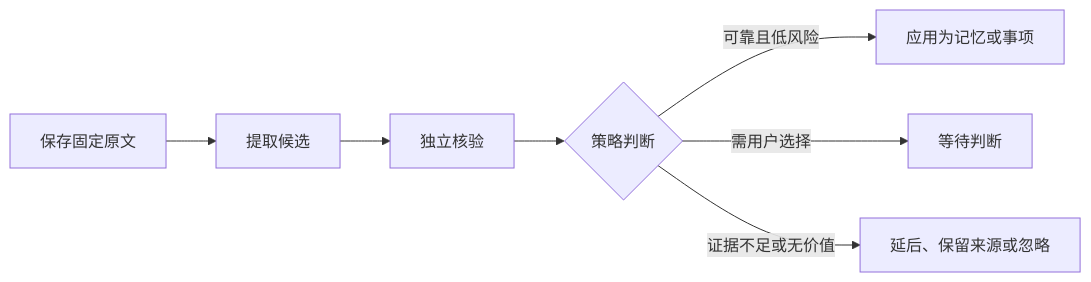
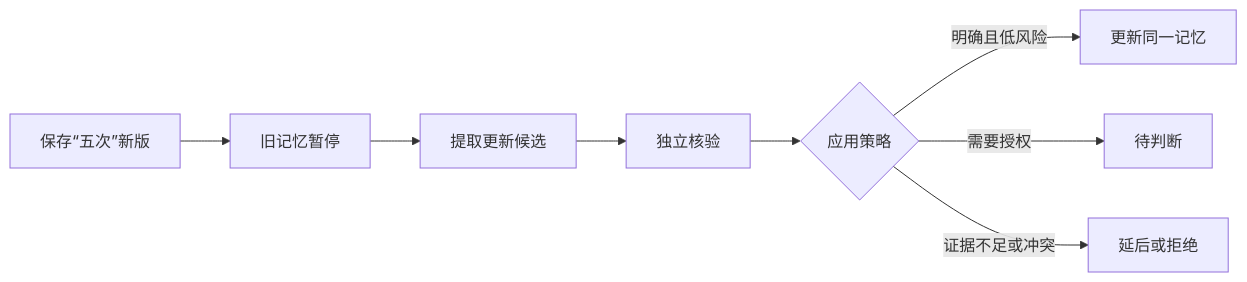
Before and after one commit to lejunyang/omem: the diagram in .repo-review/knowledge/articles/d4de0ea627a2bb808daffc14026246c2dbde153c0450431a2116482269c8270c.md, drawn with Mermaid. The commit also changed other lines of this file and 4 other files, not shown here.

````diff
--- a/.repo-review/knowledge/articles/d4de0ea627a2bb808daffc14026246c2dbde153c0450431a2116482269c8270c.md
+++ b/.repo-review/knowledge/articles/d4de0ea627a2bb808daffc14026246c2dbde153c0450431a2116482269c8270c.md
@@ -21,9 +24,10 @@
 ```mermaid
 flowchart LR
-  A[保存固定原文] --> B[提取候选]
-  B --> C[独立核验]
-  C --> D{策略判断}
-  D -->|可靠且低风险| E[应用为记忆或事项]
-  D -->|需用户选择| F[等待判断]
-  D -->|证据不足或无价值| G[延后、保留来源或忽略]
+  A[保存“五次”新版] --> B[旧记忆暂停]
+  B --> C[提取更新候选]
+  C --> D[独立核验]
+  D --> E{应用策略}
+  E -->|明确且低风险| F[更新同一记忆]
+  E -->|需要授权| G[待判断]
+  E -->|证据不足或冲突| H[延后或拒绝]
 ```
````
